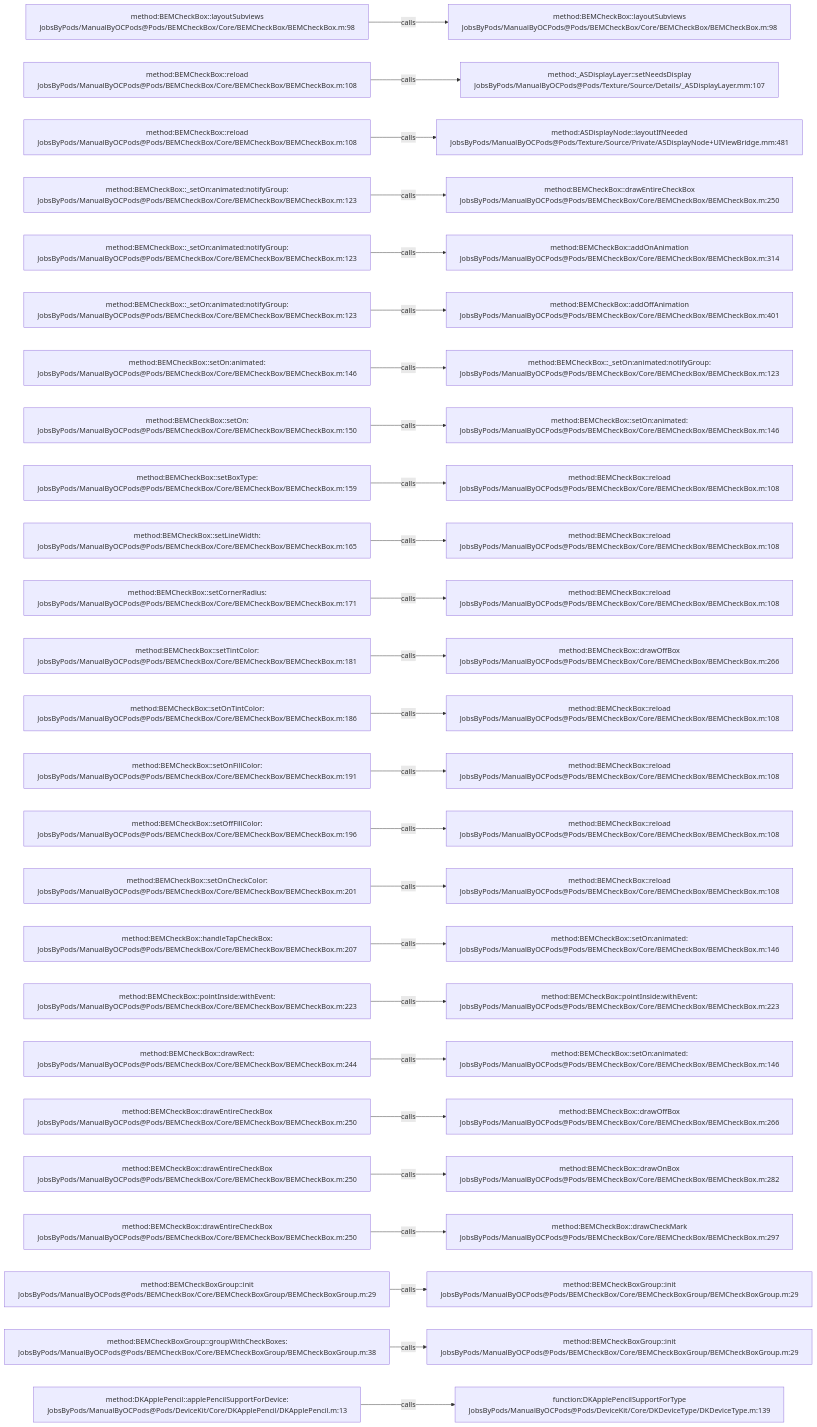
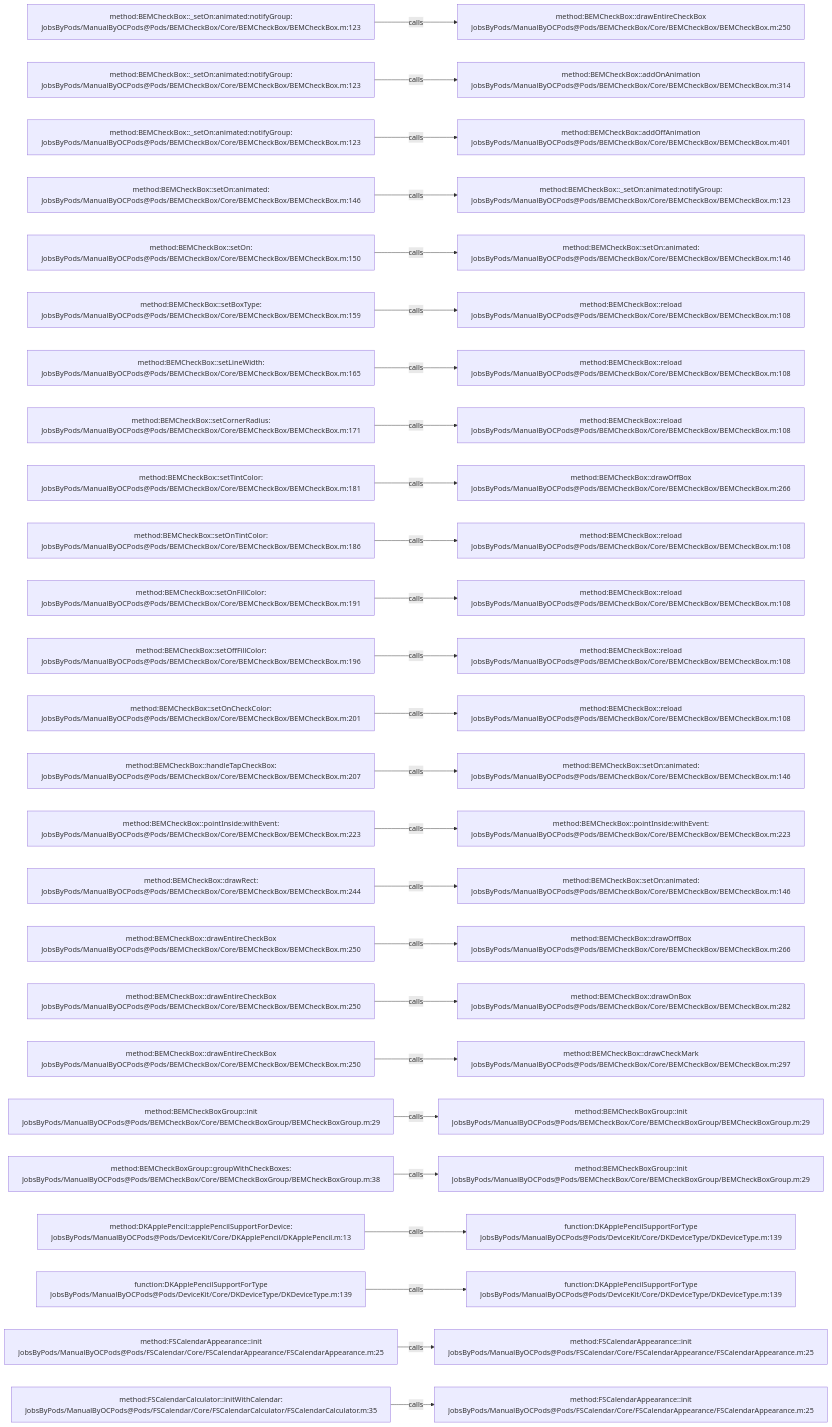
The diagram in .codegraph/codegraph.md/graphs/calls-018.md (JobsKits/JobsOCBaseConfigDemo), drawn with Mermaid before and after one commit. The commit also changed 342 other files, not shown here.

````diff
--- a/.codegraph/codegraph.md/graphs/calls-018.md
+++ b/.codegraph/codegraph.md/graphs/calls-018.md
@@ -13,78 +13,78 @@
 ```mermaid
 flowchart LR
-  S1["method:BEMCheckBox::layoutSubviews<br/>JobsByPods/ManualByOCPods@Pods/BEMCheckBox/Core/BEMCheckBox/BEMCheckBox.m:98"]
-  T1["method:BEMCheckBox::layoutSubviews<br/>JobsByPods/ManualByOCPods@Pods/BEMCheckBox/Core/BEMCheckBox/BEMCheckBox.m:98"]
+  S1["method:BEMCheckBox::_setOn:animated:notifyGroup:<br/>JobsByPods/ManualByOCPods@Pods/BEMCheckBox/Core/BEMCheckBox/BEMCheckBox.m:123"]
+  T1["method:BEMCheckBox::drawEntireCheckBox<br/>JobsByPods/ManualByOCPods@Pods/BEMCheckBox/Core/BEMCheckBox/BEMCheckBox.m:250"]
   S1 -->|calls| T1
-  S2["method:BEMCheckBox::reload<br/>JobsByPods/ManualByOCPods@Pods/BEMCheckBox/Core/BEMCheckBox/BEMCheckBox.m:108"]
-  T2["method:_ASDisplayLayer::setNeedsDisplay<br/>JobsByPods/ManualByOCPods@Pods/Texture/Source/Details/_ASDisplayLayer.mm:107"]
+  S2["method:BEMCheckBox::_setOn:animated:notifyGroup:<br/>JobsByPods/ManualByOCPods@Pods/BEMCheckBox/Core/BEMCheckBox/BEMCheckBox.m:123"]
+  T2["method:BEMCheckBox::addOnAnimation<br/>JobsByPods/ManualByOCPods@Pods/BEMCheckBox/Core/BEMCheckBox/BEMCheckBox.m:314"]
   S2 -->|calls| T2
-  S3["method:BEMCheckBox::reload<br/>JobsByPods/ManualByOCPods@Pods/BEMCheckBox/Core/BEMCheckBox/BEMCheckBox.m:108"]
-  T3["method:ASDisplayNode::layoutIfNeeded<br/>JobsByPods/ManualByOCPods@Pods/Texture/Source/Private/ASDisplayNode+UIViewBridge.mm:481"]
+  S3["method:BEMCheckBox::_setOn:animated:notifyGroup:<br/>JobsByPods/ManualByOCPods@Pods/BEMCheckBox/Core/BEMCheckBox/BEMCheckBox.m:123"]
+  T3["method:BEMCheckBox::addOffAnimation<br/>JobsByPods/ManualByOCPods@Pods/BEMCheckBox/Core/BEMCheckBox/BEMCheckBox.m:401"]
   S3 -->|calls| T3
-  S4["method:BEMCheckBox::_setOn:animated:notifyGroup:<br/>JobsByPods/ManualByOCPods@Pods/BEMCheckBox/Core/BEMCheckBox/BEMCheckBox.m:123"]
-  T4["method:BEMCheckBox::drawEntireCheckBox<br/>JobsByPods/ManualByOCPods@Pods/BEMCheckBox/Core/BEMCheckBox/BEMCheckBox.m:250"]
+  S4["method:BEMCheckBox::setOn:animated:<br/>JobsByPods/ManualByOCPods@Pods/BEMCheckBox/Core/BEMCheckBox/BEMCheckBox.m:146"]
+  T4["method:BEMCheckBox::_setOn:animated:notifyGroup:<br/>JobsByPods/ManualByOCPods@Pods/BEMCheckBox/Core/BEMCheckBox/BEMCheckBox.m:123"]
   S4 -->|calls| T4
-  S5["method:BEMCheckBox::_setOn:animated:notifyGroup:<br/>JobsByPods/ManualByOCPods@Pods/BEMCheckBox/Core/BEMCheckBox/BEMCheckBox.m:123"]
-  T5["method:BEMCheckBox::addOnAnimation<br/>JobsByPods/ManualByOCPods@Pods/BEMCheckBox/Core/BEMCheckBox/BEMCheckBox.m:314"]
+  S5["method:BEMCheckBox::setOn:<br/>JobsByPods/ManualByOCPods@Pods/BEMCheckBox/Core/BEMCheckBox/BEMCheckBox.m:150"]
+  T5["method:BEMCheckBox::setOn:animated:<br/>JobsByPods/ManualByOCPods@Pods/BEMCheckBox/Core/BEMCheckBox/BEMCheckBox.m:146"]
   S5 -->|calls| T5
-  S6["method:BEMCheckBox::_setOn:animated:notifyGroup:<br/>JobsByPods/ManualByOCPods@Pods/BEMCheckBox/Core/BEMCheckBox/BEMCheckBox.m:123"]
-  T6["method:BEMCheckBox::addOffAnimation<br/>JobsByPods/ManualByOCPods@Pods/BEMCheckBox/Core/BEMCheckBox/BEMCheckBox.m:401"]
+  S6["method:BEMCheckBox::setBoxType:<br/>JobsByPods/ManualByOCPods@Pods/BEMCheckBox/Core/BEMCheckBox/BEMCheckBox.m:159"]
+  T6["method:BEMCheckBox::reload<br/>JobsByPods/ManualByOCPods@Pods/BEMCheckBox/Core/BEMCheckBox/BEMCheckBox.m:108"]
   S6 -->|calls| T6
-  S7["method:BEMCheckBox::setOn:animated:<br/>JobsByPods/ManualByOCPods@Pods/BEMCheckBox/Core/BEMCheckBox/BEMCheckBox.m:146"]
-  T7["method:BEMCheckBox::_setOn:animated:notifyGroup:<br/>JobsByPods/ManualByOCPods@Pods/BEMCheckBox/Core/BEMCheckBox/BEMCheckBox.m:123"]
+  S7["method:BEMCheckBox::setLineWidth:<br/>JobsByPods/ManualByOCPods@Pods/BEMCheckBox/Core/BEMCheckBox/BEMCheckBox.m:165"]
+  T7["method:BEMCheckBox::reload<br/>JobsByPods/ManualByOCPods@Pods/BEMCheckBox/Core/BEMCheckBox/BEMCheckBox.m:108"]
   S7 -->|calls| T7
-  S8["method:BEMCheckBox::setOn:<br/>JobsByPods/ManualByOCPods@Pods/BEMCheckBox/Core/BEMCheckBox/BEMCheckBox.m:150"]
-  T8["method:BEMCheckBox::setOn:animated:<br/>JobsByPods/ManualByOCPods@Pods/BEMCheckBox/Core/BEMCheckBox/BEMCheckBox.m:146"]
+  S8["method:BEMCheckBox::setCornerRadius:<br/>JobsByPods/ManualByOCPods@Pods/BEMCheckBox/Core/BEMCheckBox/BEMCheckBox.m:171"]
+  T8["method:BEMCheckBox::reload<br/>JobsByPods/ManualByOCPods@Pods/BEMCheckBox/Core/BEMCheckBox/BEMCheckBox.m:108"]
   S8 -->|calls| T8
-  S9["method:BEMCheckBox::setBoxType:<br/>JobsByPods/ManualByOCPods@Pods/BEMCheckBox/Core/BEMCheckBox/BEMCheckBox.m:159"]
-  T9["method:BEMCheckBox::reload<br/>JobsByPods/ManualByOCPods@Pods/BEMCheckBox/Core/BEMCheckBox/BEMCheckBox.m:108"]
+  S9["method:BEMCheckBox::setTintColor:<br/>JobsByPods/ManualByOCPods@Pods/BEMCheckBox/Core/BEMCheckBox/BEMCheckBox.m:181"]
+  T9["method:BEMCheckBox::drawOffBox<br/>JobsByPods/ManualByOCPods@Pods/BEMCheckBox/Core/BEMCheckBox/BEMCheckBox.m:266"]
   S9 -->|calls| T9
-  S10["method:BEMCheckBox::setLineWidth:<br/>JobsByPods/ManualByOCPods@Pods/BEMCheckBox/Core/BEMCheckBox/BEMCheckBox.m:165"]
+  S10["method:BEMCheckBox::setOnTintColor:<br/>JobsByPods/ManualByOCPods@Pods/BEMCheckBox/Core/BEMCheckBox/BEMCheckBox.m:186"]
   T10["method:BEMCheckBox::reload<br/>JobsByPods/ManualByOCPods@Pods/BEMCheckBox/Core/BEMCheckBox/BEMCheckBox.m:108"]
   S10 -->|calls| T10
-  S11["method:BEMCheckBox::setCornerRadius:<br/>JobsByPods/ManualByOCPods@Pods/BEMCheckBox/Core/BEMCheckBox/BEMCheckBox.m:171"]
+  S11["method:BEMCheckBox::setOnFillColor:<br/>JobsByPods/ManualByOCPods@Pods/BEMCheckBox/Core/BEMCheckBox/BEMCheckBox.m:191"]
   T11["method:BEMCheckBox::reload<br/>JobsByPods/ManualByOCPods@Pods/BEMCheckBox/Core/BEMCheckBox/BEMCheckBox.m:108"]
   S11 -->|calls| T11
-  S12["method:BEMCheckBox::setTintColor:<br/>JobsByPods/ManualByOCPods@Pods/BEMCheckBox/Core/BEMCheckBox/BEMCheckBox.m:181"]
-  T12["method:BEMCheckBox::drawOffBox<br/>JobsByPods/ManualByOCPods@Pods/BEMCheckBox/Core/BEMCheckBox/BEMCheckBox.m:266"]
+  S12["method:BEMCheckBox::setOffFillColor:<br/>JobsByPods/ManualByOCPods@Pods/BEMCheckBox/Core/BEMCheckBox/BEMCheckBox.m:196"]
+  T12["method:BEMCheckBox::reload<br/>JobsByPods/ManualByOCPods@Pods/BEMCheckBox/Core/BEMCheckBox/BEMCheckBox.m:108"]
   S12 -->|calls| T12
-  S13["method:BEMCheckBox::setOnTintColor:<br/>JobsByPods/ManualByOCPods@Pods/BEMCheckBox/Core/BEMCheckBox/BEMCheckBox.m:186"]
+  S13["method:BEMCheckBox::setOnCheckColor:<br/>JobsByPods/ManualByOCPods@Pods/BEMCheckBox/Core/BEMCheckBox/BEMCheckBox.m:201"]
   T13["method:BEMCheckBox::reload<br/>JobsByPods/ManualByOCPods@Pods/BEMCheckBox/Core/BEMCheckBox/BEMCheckBox.m:108"]
   S13 -->|calls| T13
-  S14["method:BEMCheckBox::setOnFillColor:<br/>JobsByPods/ManualByOCPods@Pods/BEMCheckBox/Core/BEMCheckBox/BEMCheckBox.m:191"]
-  T14["method:BEMCheckBox::reload<br/>JobsByPods/ManualByOCPods@Pods/BEMCheckBox/Core/BEMCheckBox/BEMCheckBox.m:108"]
+  S14["method:BEMCheckBox::handleTapCheckBox:<br/>JobsByPods/ManualByOCPods@Pods/BEMCheckBox/Core/BEMCheckBox/BEMCheckBox.m:207"]
+  T14["method:BEMCheckBox::setOn:animated:<br/>JobsByPods/ManualByOCPods@Pods/BEMCheckBox/Core/BEMCheckBox/BEMCheckBox.m:146"]
   S14 -->|calls| T14
-  S15["method:BEMCheckBox::setOffFillColor:<br/>JobsByPods/ManualByOCPods@Pods/BEMCheckBox/Core/BEMCheckBox/BEMCheckBox.m:196"]
-  T15["method:BEMCheckBox::reload<br/>JobsByPods/ManualByOCPods@Pods/BEMCheckBox/Core/BEMCheckBox/BEMCheckBox.m:108"]
+  S15["method:BEMCheckBox::pointInside:withEvent:<br/>JobsByPods/ManualByOCPods@Pods/BEMCheckBox/Core/BEMCheckBox/BEMCheckBox.m:223"]
+  T15["method:BEMCheckBox::pointInside:withEvent:<br/>JobsByPods/ManualByOCPods@Pods/BEMCheckBox/Core/BEMCheckBox/BEMCheckBox.m:223"]
   S15 -->|calls| T15
-  S16["method:BEMCheckBox::setOnCheckColor:<br/>JobsByPods/ManualByOCPods@Pods/BEMCheckBox/Core/BEMCheckBox/BEMCheckBox.m:201"]
-  T16["method:BEMCheckBox::reload<br/>JobsByPods/ManualByOCPods@Pods/BEMCheckBox/Core/BEMCheckBox/BEMCheckBox.m:108"]
+  S16["method:BEMCheckBox::drawRect:<br/>JobsByPods/ManualByOCPods@Pods/BEMCheckBox/Core/BEMCheckBox/BEMCheckBox.m:244"]
+  T16["method:BEMCheckBox::setOn:animated:<br/>JobsByPods/ManualByOCPods@Pods/BEMCheckBox/Core/BEMCheckBox/BEMCheckBox.m:146"]
   S16 -->|calls| T16
-  S17["method:BEMCheckBox::handleTapCheckBox:<br/>JobsByPods/ManualByOCPods@Pods/BEMCheckBox/Core/BEMCheckBox/BEMCheckBox.m:207"]
-  T17["method:BEMCheckBox::setOn:animated:<br/>JobsByPods/ManualByOCPods@Pods/BEMCheckBox/Core/BEMCheckBox/BEMCheckBox.m:146"]
+  S17["method:BEMCheckBox::drawEntireCheckBox<br/>JobsByPods/ManualByOCPods@Pods/BEMCheckBox/Core/BEMCheckBox/BEMCheckBox.m:250"]
+  T17["method:BEMCheckBox::drawOffBox<br/>JobsByPods/ManualByOCPods@Pods/BEMCheckBox/Core/BEMCheckBox/BEMCheckBox.m:266"]
   S17 -->|calls| T17
-  S18["method:BEMCheckBox::pointInside:withEvent:<br/>JobsByPods/ManualByOCPods@Pods/BEMCheckBox/Core/BEMCheckBox/BEMCheckBox.m:223"]
-  T18["method:BEMCheckBox::pointInside:withEvent:<br/>JobsByPods/ManualByOCPods@Pods/BEMCheckBox/Core/BEMCheckBox/BEMCheckBox.m:223"]
+  S18["method:BEMCheckBox::drawEntireCheckBox<br/>JobsByPods/ManualByOCPods@Pods/BEMCheckBox/Core/BEMCheckBox/BEMCheckBox.m:250"]
+  T18["method:BEMCheckBox::drawOnBox<br/>JobsByPods/ManualByOCPods@Pods/BEMCheckBox/Core/BEMCheckBox/BEMCheckBox.m:282"]
   S18 -->|calls| T18
-  S19["method:BEMCheckBox::drawRect:<br/>JobsByPods/ManualByOCPods@Pods/BEMCheckBox/Core/BEMCheckBox/BEMCheckBox.m:244"]
-  T19["method:BEMCheckBox::setOn:animated:<br/>JobsByPods/ManualByOCPods@Pods/BEMCheckBox/Core/BEMCheckBox/BEMCheckBox.m:146"]
+  S19["method:BEMCheckBox::drawEntireCheckBox<br/>JobsByPods/ManualByOCPods@Pods/BEMCheckBox/Core/BEMCheckBox/BEMCheckBox.m:250"]
+  T19["method:BEMCheckBox::drawCheckMark<br/>JobsByPods/ManualByOCPods@Pods/BEMCheckBox/Core/BEMCheckBox/BEMCheckBox.m:297"]
   S19 -->|calls| T19
-  S20["method:BEMCheckBox::drawEntireCheckBox<br/>JobsByPods/ManualByOCPods@Pods/BEMCheckBox/Core/BEMCheckBox/BEMCheckBox.m:250"]
-  T20["method:BEMCheckBox::drawOffBox<br/>JobsByPods/ManualByOCPods@Pods/BEMCheckBox/Core/BEMCheckBox/BEMCheckBox.m:266"]
+  S20["method:BEMCheckBoxGroup::init<br/>JobsByPods/ManualByOCPods@Pods/BEMCheckBox/Core/BEMCheckBoxGroup/BEMCheckBoxGroup.m:29"]
+  T20["method:BEMCheckBoxGroup::init<br/>JobsByPods/ManualByOCPods@Pods/BEMCheckBox/Core/BEMCheckBoxGroup/BEMCheckBoxGroup.m:29"]
   S20 -->|calls| T20
-  S21["method:BEMCheckBox::drawEntireCheckBox<br/>JobsByPods/ManualByOCPods@Pods/BEMCheckBox/Core/BEMCheckBox/BEMCheckBox.m:250"]
-  T21["method:BEMCheckBox::drawOnBox<br/>JobsByPods/ManualByOCPods@Pods/BEMCheckBox/Core/BEMCheckBox/BEMCheckBox.m:282"]
+  S21["method:BEMCheckBoxGroup::groupWithCheckBoxes:<br/>JobsByPods/ManualByOCPods@Pods/BEMCheckBox/Core/BEMCheckBoxGroup/BEMCheckBoxGroup.m:38"]
+  T21["method:BEMCheckBoxGroup::init<br/>JobsByPods/ManualByOCPods@Pods/BEMCheckBox/Core/BEMCheckBoxGroup/BEMCheckBoxGroup.m:29"]
   S21 -->|calls| T21
-  S22["method:BEMCheckBox::drawEntireCheckBox<br/>JobsByPods/ManualByOCPods@Pods/BEMCheckBox/Core/BEMCheckBox/BEMCheckBox.m:250"]
-  T22["method:BEMCheckBox::drawCheckMark<br/>JobsByPods/ManualByOCPods@Pods/BEMCheckBox/Core/BEMCheckBox/BEMCheckBox.m:297"]
+  S22["method:DKApplePencil::applePencilSupportForDevice:<br/>JobsByPods/ManualByOCPods@Pods/DeviceKit/Core/DKApplePencil/DKApplePencil.m:13"]
+  T22["function:DKApplePencilSupportForType<br/>JobsByPods/ManualByOCPods@Pods/DeviceKit/Core/DKDeviceType/DKDeviceType.m:139"]
   S22 -->|calls| T22
-  S23["method:BEMCheckBoxGroup::init<br/>JobsByPods/ManualByOCPods@Pods/BEMCheckBox/Core/BEMCheckBoxGroup/BEMCheckBoxGroup.m:29"]
-  T23["method:BEMCheckBoxGroup::init<br/>JobsByPods/ManualByOCPods@Pods/BEMCheckBox/Core/BEMCheckBoxGroup/BEMCheckBoxGroup.m:29"]
+  S23["function:DKApplePencilSupportForType<br/>JobsByPods/ManualByOCPods@Pods/DeviceKit/Core/DKDeviceType/DKDeviceType.m:139"]
+  T23["function:DKApplePencilSupportForType<br/>JobsByPods/ManualByOCPods@Pods/DeviceKit/Core/DKDeviceType/DKDeviceType.m:139"]
   S23 -->|calls| T23
-  S24["method:BEMCheckBoxGroup::groupWithCheckBoxes:<br/>JobsByPods/ManualByOCPods@Pods/BEMCheckBox/Core/BEMCheckBoxGroup/BEMCheckBoxGroup.m:38"]
-  T24["method:BEMCheckBoxGroup::init<br/>JobsByPods/ManualByOCPods@Pods/BEMCheckBox/Core/BEMCheckBoxGroup/BEMCheckBoxGroup.m:29"]
+  S24["method:FSCalendarAppearance::init<br/>JobsByPods/ManualByOCPods@Pods/FSCalendar/Core/FSCalendarAppearance/FSCalendarAppearance.m:25"]
+  T24["method:FSCalendarAppearance::init<br/>JobsByPods/ManualByOCPods@Pods/FSCalendar/Core/FSCalendarAppearance/FSCalendarAppearance.m:25"]
   S24 -->|calls| T24
-  S25["method:DKApplePencil::applePencilSupportForDevice:<br/>JobsByPods/ManualByOCPods@Pods/DeviceKit/Core/DKApplePencil/DKApplePencil.m:13"]
-  T25["function:DKApplePencilSupportForType<br/>JobsByPods/ManualByOCPods@Pods/DeviceKit/Core/DKDeviceType/DKDeviceType.m:139"]
+  S25["method:FSCalendarCalculator::initWithCalendar:<br/>JobsByPods/ManualByOCPods@Pods/FSCalendar/Core/FSCalendarCalculator/FSCalendarCalculator.m:35"]
+  T25["method:FSCalendarAppearance::init<br/>JobsByPods/ManualByOCPods@Pods/FSCalendar/Core/FSCalendarAppearance/FSCalendarAppearance.m:25"]
   S25 -->|calls| T25
 ```
````
